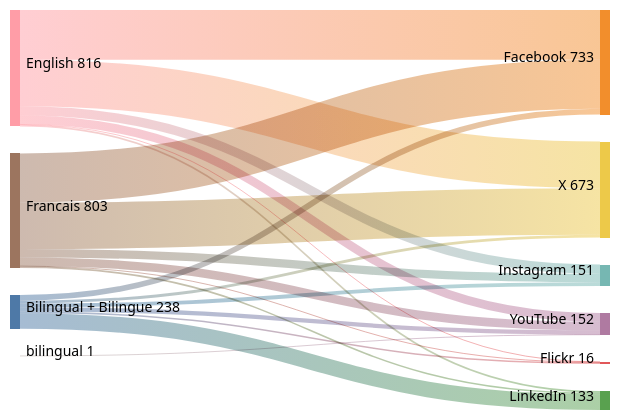
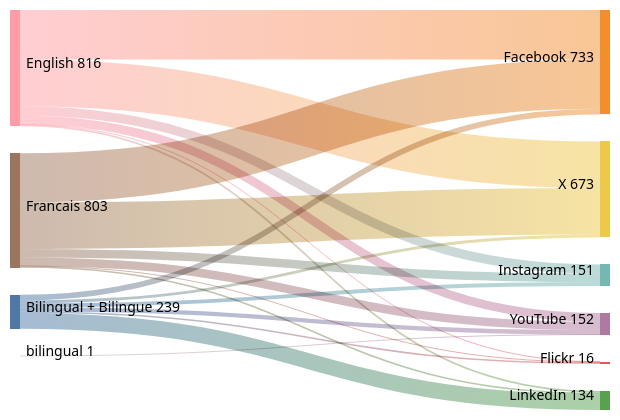
Before and after one commit to PatLittle/GC-Socials: the diagram in sankey_diagram.md, drawn with Mermaid (forest theme).

Commit message:
Update Sankey diagram for the most recent day

````diff
--- a/sankey_diagram.md
+++ b/sankey_diagram.md
@@ -1,22 +1,22 @@
 ```mermaid
 sankey-beta
   Bilingual + Bilingue,Facebook,40
   Bilingual + Bilingue,Flickr,11
   Bilingual + Bilingue,Instagram,27
-  Bilingual + Bilingue,LinkedIn,110
+  Bilingual + Bilingue,LinkedIn,111
   Bilingual + Bilingue,X,20
   Bilingual + Bilingue,YouTube,30
   English,Facebook,348
   English,Flickr,3
   English,Instagram,65
   English,LinkedIn,12
   English,X,327
   English,YouTube,61
   Francais,Facebook,345
   Francais,Flickr,2
   Francais,Instagram,59
   Francais,LinkedIn,11
   Francais,X,326
   Francais,YouTube,60
   bilingual,YouTube,1
 ```
````
